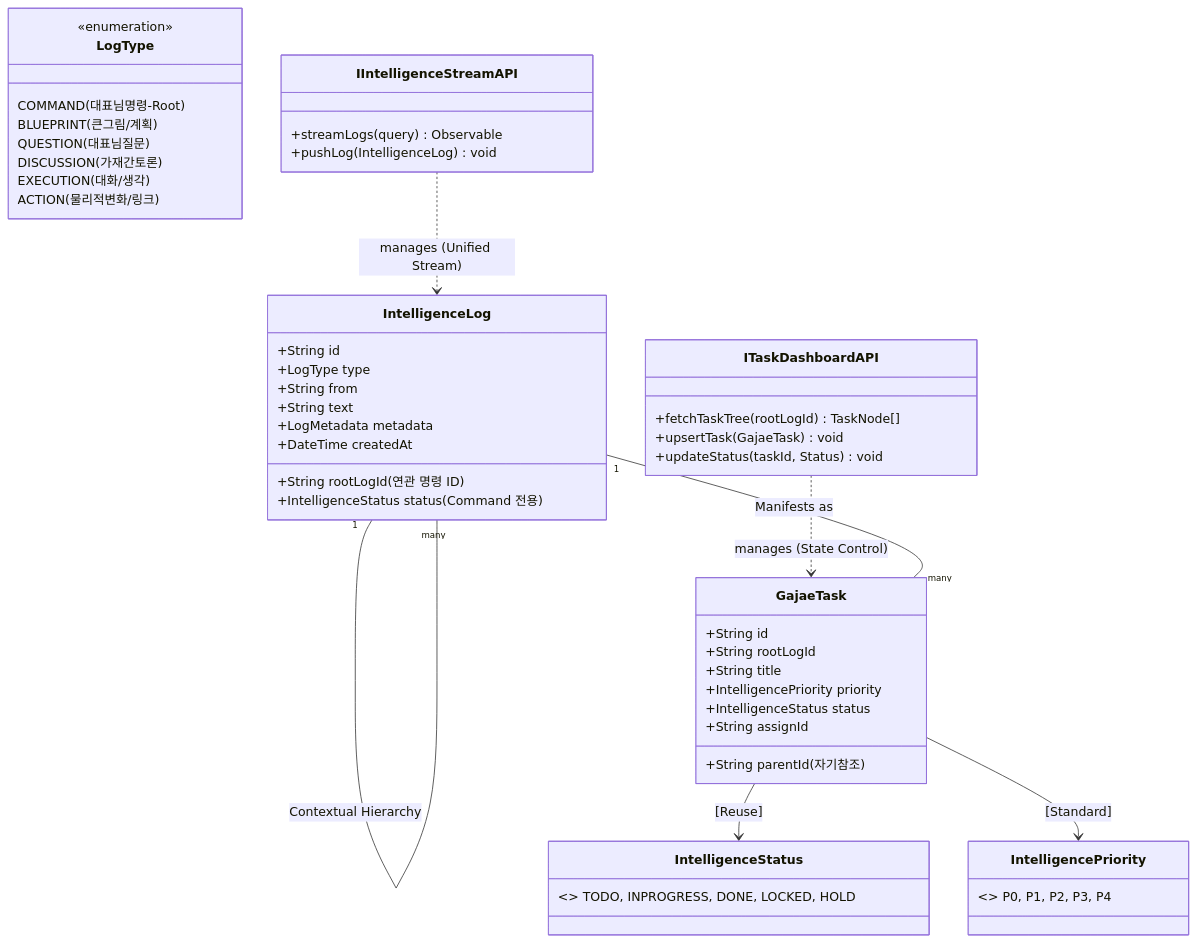
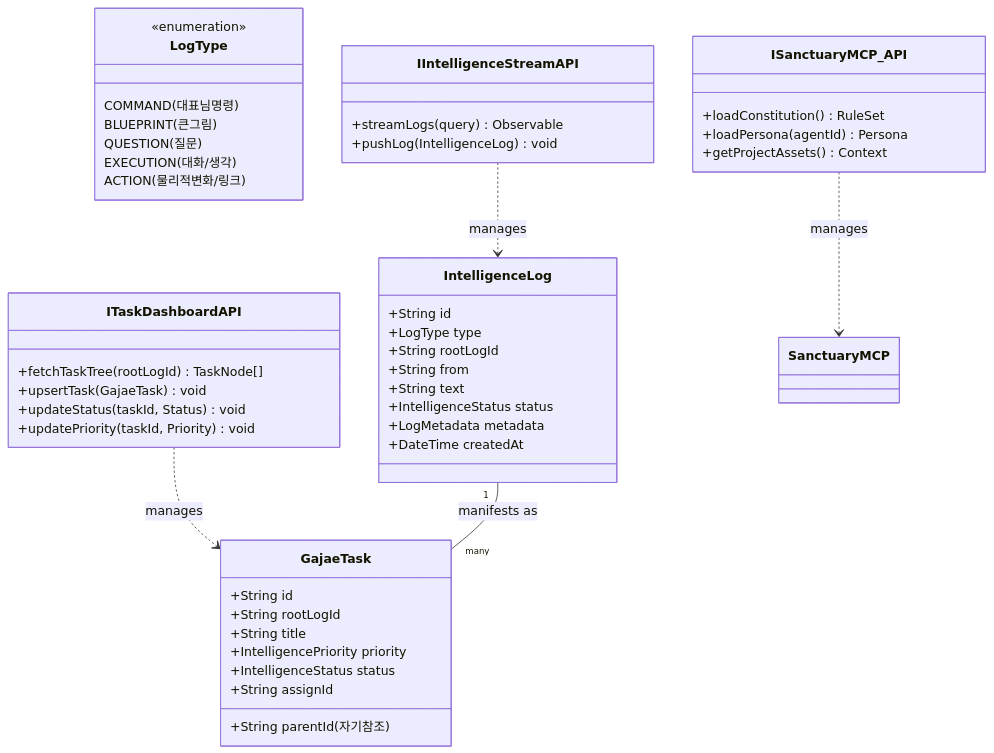
The first of 2 diagrams in docs/core/process/SYSTEM_DESIGN_V1_0.md (KyleL22/yuna-openclaw), drawn with Mermaid before and after one commit. The commit also changed other lines of this file, not shown here.

Commit message:
docs: Sanctuary v4.0 - API-Driven Unified Stream Architecture

````diff
--- a/docs/core/process/SYSTEM_DESIGN_V1_0.md
+++ b/docs/core/process/SYSTEM_DESIGN_V1_0.md
@@ -11,54 +11,56 @@
 ```mermaid
 classDiagram
-    class IntelligenceStatus { <<enumeration>> TODO, INPROGRESS, DONE, LOCKED, HOLD }
-    class IntelligencePriority { <<enumeration>> P0, P1, P2, P3, P4 }
     class LogType { 
         <<enumeration>> 
-        COMMAND (대표님명령-Root)
-        BLUEPRINT (큰그림/계획)
-        QUESTION (대표님질문)
-        DISCUSSION (가재간토론)
+        COMMAND (대표님명령)
+        BLUEPRINT (큰그림)
+        QUESTION (질문)
         EXECUTION (대화/생각)
         ACTION (물리적변화/링크)
     }
 
     class IIntelligenceStreamAPI {
         +streamLogs(query) Observable
         +pushLog(IntelligenceLog) void
     }
 
     class ITaskDashboardAPI {
         +fetchTaskTree(rootLogId) TaskNode[]
         +upsertTask(GajaeTask) void
         +updateStatus(taskId, Status) void
+        +updatePriority(taskId, Priority) void
+    }
+
+    class ISanctuaryMCP_API {
+        +loadConstitution() RuleSet
+        +loadPersona(agentId) Persona
+        +getProjectAssets() Context
     }
 
     class IntelligenceLog {
         +String id
         +LogType type
-        +String rootLogId (연관 명령 ID)
+        +String rootLogId
         +String from
         +String text
-        +IntelligenceStatus status (Command 전용)
+        +IntelligenceStatus status
         +LogMetadata metadata
         +DateTime createdAt
     }
 
     class GajaeTask {
         +String id
         +String rootLogId
         +String parentId (자기참조)
         +String title
         +IntelligencePriority priority
         +IntelligenceStatus status
         +String assignId
     }
 
-    %% Unified Abstraction Relationships
-    IIntelligenceStreamAPI ..> IntelligenceLog : manages (Unified Stream)
-    ITaskDashboardAPI ..> GajaeTask : manages (State Control)
-    IntelligenceLog "1" -- "many" IntelligenceLog : Contextual Hierarchy
-    IntelligenceLog "1" -- "many" GajaeTask : Manifests as
-    GajaeTask --> IntelligenceStatus : [Reuse]
-    GajaeTask --> IntelligencePriority : [Standard]
+    %% Relationships
+    IIntelligenceStreamAPI ..> IntelligenceLog : manages
+    ITaskDashboardAPI ..> GajaeTask : manages
+    ISanctuaryMCP_API ..> SanctuaryMCP : manages
+    IntelligenceLog "1" -- "many" GajaeTask : manifests as
 ```
````
